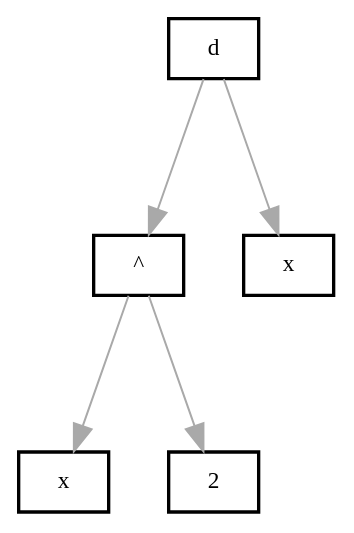
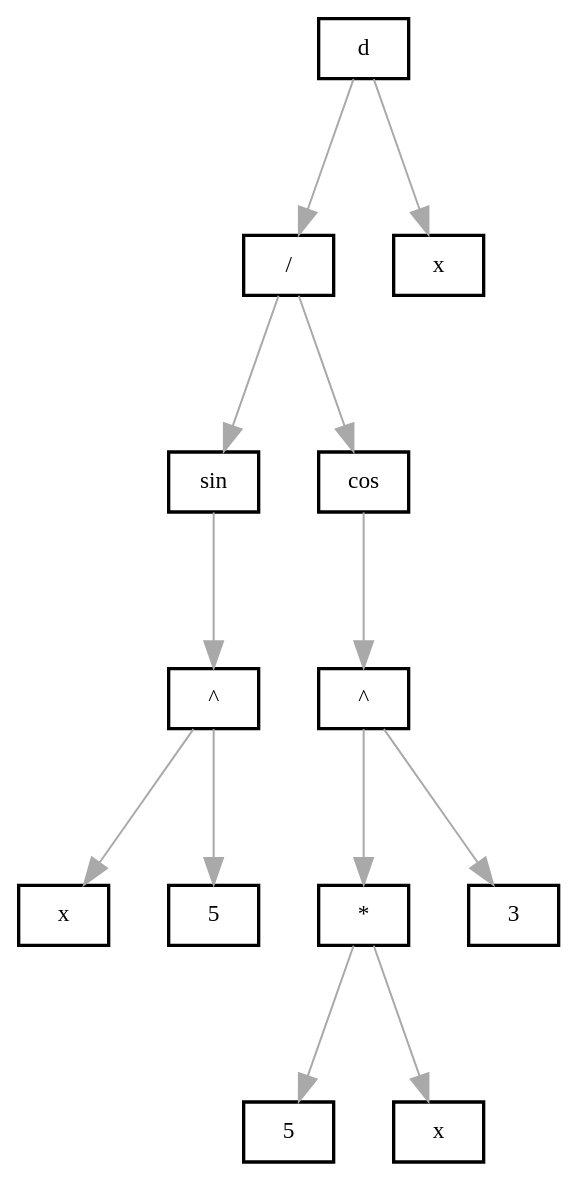
One commit to kefirRzevo/Differentiator changed the diagram in logfiles/res/tree1.dot. Above: the diagram before and after it, drawn with Graphviz. The commit also changed 29 other files, not shown here.

```diff
--- a/logfiles/res/tree1.dot
+++ b/logfiles/res/tree1.dot
@@ -1,33 +1,57 @@
 	digraph
 	{
 		edge [color     = darkgrey]
 		edge [arrowsize = 1.6]
 		edge [penwidth  = 1.2]
 
 		graph [penwidth = 2]
 		graph [ranksep  = 1.3]
 		graph [nodesep  = 0.5]
 		graph [style    = "filled"]
 		graph [color    = green, fillcolor = lightgreen]
 
 		node [penwidth = 2]
 		node [shape    = box]
 		node [color    = black, fillcolor = white]
 
 		compound  = true;
 		newrank   = true;
 
-		Node0x600001f61140[label = "d"]
-		Node0x600001f61140 -> Node0x600001f61160
+		Node0x6000001dc000[label = "d"]
+		Node0x6000001dc000 -> Node0x6000001dc020
 
-		Node0x600001f61160[label = "^"]
-		Node0x600001f61160 -> Node0x600001f61180
+		Node0x6000001dc020[label = "/"]
+		Node0x6000001dc020 -> Node0x6000001dc040
 
-		Node0x600001f61180[label = "x"]
-		Node0x600001f61160 -> Node0x600001f611a0
+		Node0x6000001dc040[label = "sin"]
+		Node0x6000001dc040 -> Node0x6000001dc060
 
-		Node0x600001f611a0[label = "2"]
-		Node0x600001f61140 -> Node0x600001f611c0
+		Node0x6000001dc060[label = "^"]
+		Node0x6000001dc060 -> Node0x6000001dc080
 
-		Node0x600001f611c0[label = "x"]
+		Node0x6000001dc080[label = "x"]
+		Node0x6000001dc060 -> Node0x6000001dc0a0
+
+		Node0x6000001dc0a0[label = "5"]
+		Node0x6000001dc020 -> Node0x6000001dc0c0
+
+		Node0x6000001dc0c0[label = "cos"]
+		Node0x6000001dc0c0 -> Node0x6000001dc0e0
+
+		Node0x6000001dc0e0[label = "^"]
+		Node0x6000001dc0e0 -> Node0x6000001dc100
+
+		Node0x6000001dc100[label = "*"]
+		Node0x6000001dc100 -> Node0x6000001dc120
+
+		Node0x6000001dc120[label = "5"]
+		Node0x6000001dc100 -> Node0x6000001dc140
+
+		Node0x6000001dc140[label = "x"]
+		Node0x6000001dc0e0 -> Node0x6000001dc160
+
+		Node0x6000001dc160[label = "3"]
+		Node0x6000001dc000 -> Node0x6000001dc180
+
+		Node0x6000001dc180[label = "x"]
 	}
```
